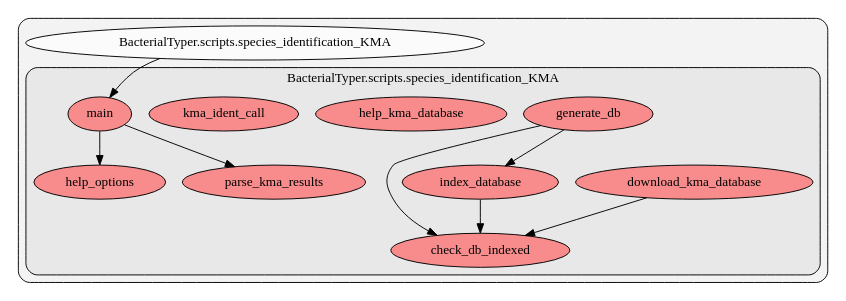
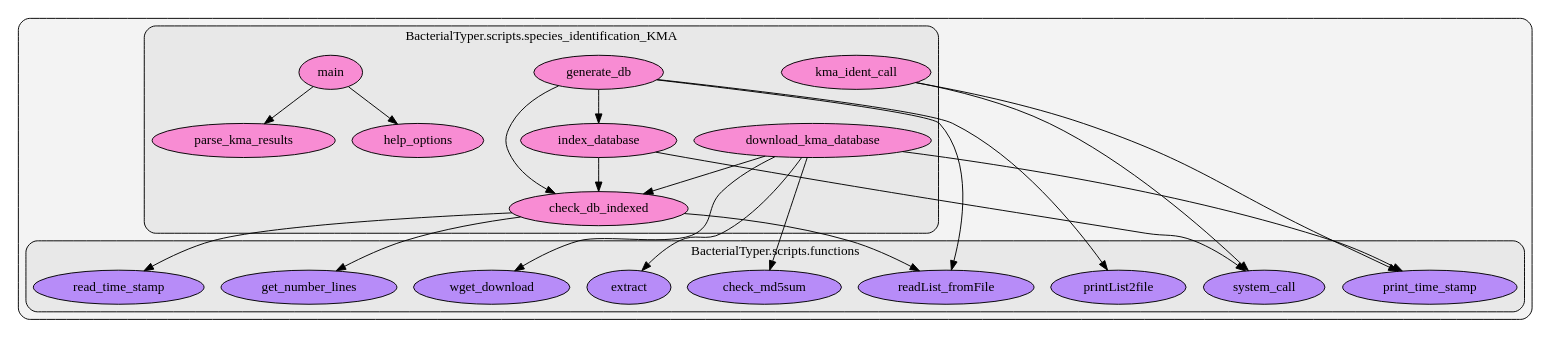
One commit to HCGB-IGTP/BacterialTyper changed the diagram in docs/source/images/python_graph/scripts/species_identification_KMA.dot. Above: the diagram before and after it, drawn with Graphviz. The commit also changed 45 other files, not shown here.

Commit message:
update pyan graphs

```diff
--- a/docs/source/images/python_graph/scripts/species_identification_KMA.dot
+++ b/docs/source/images/python_graph/scripts/species_identification_KMA.dot
@@ -1,60 +1,234 @@
 digraph G {
-    graph [rankdir=TB, clusterrank="local"];
+    graph [spilines=ortho, rankdir=TB, clusterrank="local"];
     subgraph cluster_G {
 
         graph [style="filled,rounded",fillcolor="#80808018", label=""];
-        BacterialTyper__scripts__species_identification_KMA [label="BacterialTyper.scripts.species_identification_KMA", style="filled", fillcolor="#ffffffb2", fontcolor="#000000", group="0"];
-        subgraph cluster_BacterialTyper__scripts__species_identification_KMA {
+        subgraph cluster_BacterialTyper__scripts__functions {
 
-            graph [style="filled,rounded",fillcolor="#80808018", label="BacterialTyper.scripts.species_identification_KMA"];
-            BacterialTyper__scripts__species_identification_KMA__check_db_indexed [label="check_db_indexed", style="filled", fillcolor="#ff6565b2", fontcolor="#000000", group="0"];
+            graph [style="filled,rounded",fillcolor="#80808018", label="BacterialTyper.scripts.functions"];
+        }
+        subgraph cluster_BacterialTyper__scripts__functions {
+
+            graph [style="filled,rounded",fillcolor="#80808018", label="BacterialTyper.scripts.functions"];
+        }
+        subgraph cluster_BacterialTyper__scripts__functions {
+
+            graph [style="filled,rounded",fillcolor="#80808018", label="BacterialTyper.scripts.functions"];
+            BacterialTyper__scripts__functions__check_md5sum [label="check_md5sum", style="filled", fillcolor="#a365ffb2", fontcolor="#000000", group="33"];
+        }
+        subgraph cluster_BacterialTyper__scripts__functions {
+
+            graph [style="filled,rounded",fillcolor="#80808018", label="BacterialTyper.scripts.functions"];
+        }
+        subgraph cluster_BacterialTyper__scripts__functions {
+
+            graph [style="filled,rounded",fillcolor="#80808018", label="BacterialTyper.scripts.functions"];
+        }
+        subgraph cluster_BacterialTyper__scripts__functions {
+
+            graph [style="filled,rounded",fillcolor="#80808018", label="BacterialTyper.scripts.functions"];
+        }
+        subgraph cluster_BacterialTyper__scripts__functions {
+
+            graph [style="filled,rounded",fillcolor="#80808018", label="BacterialTyper.scripts.functions"];
+        }
+        subgraph cluster_BacterialTyper__scripts__functions {
+
+            graph [style="filled,rounded",fillcolor="#80808018", label="BacterialTyper.scripts.functions"];
+        }
+        subgraph cluster_BacterialTyper__scripts__functions {
+
+            graph [style="filled,rounded",fillcolor="#80808018", label="BacterialTyper.scripts.functions"];
+        }
+        subgraph cluster_BacterialTyper__scripts__functions {
+
+            graph [style="filled,rounded",fillcolor="#80808018", label="BacterialTyper.scripts.functions"];
+            BacterialTyper__scripts__functions__extract [label="extract", style="filled", fillcolor="#a365ffb2", fontcolor="#000000", group="33"];
+        }
+        subgraph cluster_BacterialTyper__scripts__functions {
+
+            graph [style="filled,rounded",fillcolor="#80808018", label="BacterialTyper.scripts.functions"];
+        }
+        subgraph cluster_BacterialTyper__scripts__functions {
+
+            graph [style="filled,rounded",fillcolor="#80808018", label="BacterialTyper.scripts.functions"];
+        }
+        subgraph cluster_BacterialTyper__scripts__functions {
+
+            graph [style="filled,rounded",fillcolor="#80808018", label="BacterialTyper.scripts.functions"];
+        }
+        subgraph cluster_BacterialTyper__scripts__functions {
+
+            graph [style="filled,rounded",fillcolor="#80808018", label="BacterialTyper.scripts.functions"];
+        }
+        subgraph cluster_BacterialTyper__scripts__functions {
+
+            graph [style="filled,rounded",fillcolor="#80808018", label="BacterialTyper.scripts.functions"];
+        }
+        subgraph cluster_BacterialTyper__scripts__functions {
+
+            graph [style="filled,rounded",fillcolor="#80808018", label="BacterialTyper.scripts.functions"];
+        }
+        subgraph cluster_BacterialTyper__scripts__functions {
+
+            graph [style="filled,rounded",fillcolor="#80808018", label="BacterialTyper.scripts.functions"];
+            BacterialTyper__scripts__functions__get_number_lines [label="get_number_lines", style="filled", fillcolor="#a365ffb2", fontcolor="#000000", group="33"];
+        }
+        subgraph cluster_BacterialTyper__scripts__functions {
+
+            graph [style="filled,rounded",fillcolor="#80808018", label="BacterialTyper.scripts.functions"];
+        }
+        subgraph cluster_BacterialTyper__scripts__functions {
+
+            graph [style="filled,rounded",fillcolor="#80808018", label="BacterialTyper.scripts.functions"];
+        }
+        subgraph cluster_BacterialTyper__scripts__functions {
+
+            graph [style="filled,rounded",fillcolor="#80808018", label="BacterialTyper.scripts.functions"];
+        }
+        subgraph cluster_BacterialTyper__scripts__functions {
+
+            graph [style="filled,rounded",fillcolor="#80808018", label="BacterialTyper.scripts.functions"];
+        }
+        subgraph cluster_BacterialTyper__scripts__functions {
+
+            graph [style="filled,rounded",fillcolor="#80808018", label="BacterialTyper.scripts.functions"];
+        }
+        subgraph cluster_BacterialTyper__scripts__functions {
+
+            graph [style="filled,rounded",fillcolor="#80808018", label="BacterialTyper.scripts.functions"];
+        }
+        subgraph cluster_BacterialTyper__scripts__functions {
+
+            graph [style="filled,rounded",fillcolor="#80808018", label="BacterialTyper.scripts.functions"];
+        }
+        subgraph cluster_BacterialTyper__scripts__functions {
+
+            graph [style="filled,rounded",fillcolor="#80808018", label="BacterialTyper.scripts.functions"];
+        }
+        subgraph cluster_BacterialTyper__scripts__functions {
+
+            graph [style="filled,rounded",fillcolor="#80808018", label="BacterialTyper.scripts.functions"];
+        }
+        subgraph cluster_BacterialTyper__scripts__functions {
+
+            graph [style="filled,rounded",fillcolor="#80808018", label="BacterialTyper.scripts.functions"];
+            BacterialTyper__scripts__functions__printList2file [label="printList2file", style="filled", fillcolor="#a365ffb2", fontcolor="#000000", group="33"];
+        }
+        subgraph cluster_BacterialTyper__scripts__functions {
+
+            graph [style="filled,rounded",fillcolor="#80808018", label="BacterialTyper.scripts.functions"];
+        }
+        subgraph cluster_BacterialTyper__scripts__functions {
+
+            graph [style="filled,rounded",fillcolor="#80808018", label="BacterialTyper.scripts.functions"];
+        }
+        subgraph cluster_BacterialTyper__scripts__functions {
+
+            graph [style="filled,rounded",fillcolor="#80808018", label="BacterialTyper.scripts.functions"];
+            BacterialTyper__scripts__functions__print_time_stamp [label="print_time_stamp", style="filled", fillcolor="#a365ffb2", fontcolor="#000000", group="33"];
+        }
+        subgraph cluster_BacterialTyper__scripts__functions {
+
+            graph [style="filled,rounded",fillcolor="#80808018", label="BacterialTyper.scripts.functions"];
+        }
+        subgraph cluster_BacterialTyper__scripts__functions {
+
+            graph [style="filled,rounded",fillcolor="#80808018", label="BacterialTyper.scripts.functions"];
+            BacterialTyper__scripts__functions__readList_fromFile [label="readList_fromFile", style="filled", fillcolor="#a365ffb2", fontcolor="#000000", group="33"];
+        }
+        subgraph cluster_BacterialTyper__scripts__functions {
+
+            graph [style="filled,rounded",fillcolor="#80808018", label="BacterialTyper.scripts.functions"];
+            BacterialTyper__scripts__functions__read_time_stamp [label="read_time_stamp", style="filled", fillcolor="#a365ffb2", fontcolor="#000000", group="33"];
+        }
+        subgraph cluster_BacterialTyper__scripts__functions {
+
+            graph [style="filled,rounded",fillcolor="#80808018", label="BacterialTyper.scripts.functions"];
+        }
+        subgraph cluster_BacterialTyper__scripts__functions {
+
+            graph [style="filled,rounded",fillcolor="#80808018", label="BacterialTyper.scripts.functions"];
+        }
+        subgraph cluster_BacterialTyper__scripts__functions {
+
+            graph [style="filled,rounded",fillcolor="#80808018", label="BacterialTyper.scripts.functions"];
+        }
+        subgraph cluster_BacterialTyper__scripts__functions {
+
+            graph [style="filled,rounded",fillcolor="#80808018", label="BacterialTyper.scripts.functions"];
+            BacterialTyper__scripts__functions__system_call [label="system_call", style="filled", fillcolor="#a365ffb2", fontcolor="#000000", group="33"];
+        }
+        subgraph cluster_BacterialTyper__scripts__functions {
+
+            graph [style="filled,rounded",fillcolor="#80808018", label="BacterialTyper.scripts.functions"];
+        }
+        subgraph cluster_BacterialTyper__scripts__functions {
+
+            graph [style="filled,rounded",fillcolor="#80808018", label="BacterialTyper.scripts.functions"];
+            BacterialTyper__scripts__functions__wget_download [label="wget_download", style="filled", fillcolor="#a365ffb2", fontcolor="#000000", group="33"];
         }
         subgraph cluster_BacterialTyper__scripts__species_identification_KMA {
 
             graph [style="filled,rounded",fillcolor="#80808018", label="BacterialTyper.scripts.species_identification_KMA"];
-            BacterialTyper__scripts__species_identification_KMA__download_kma_database [label="download_kma_database", style="filled", fillcolor="#ff6565b2", fontcolor="#000000", group="0"];
+            BacterialTyper__scripts__species_identification_KMA__check_db_indexed [label="check_db_indexed", style="filled", fillcolor="#ff65cbb2", fontcolor="#000000", group="40"];
         }
         subgraph cluster_BacterialTyper__scripts__species_identification_KMA {
 
             graph [style="filled,rounded",fillcolor="#80808018", label="BacterialTyper.scripts.species_identification_KMA"];
-            BacterialTyper__scripts__species_identification_KMA__generate_db [label="generate_db", style="filled", fillcolor="#ff6565b2", fontcolor="#000000", group="0"];
+            BacterialTyper__scripts__species_identification_KMA__download_kma_database [label="download_kma_database", style="filled", fillcolor="#ff65cbb2", fontcolor="#000000", group="40"];
         }
         subgraph cluster_BacterialTyper__scripts__species_identification_KMA {
 
             graph [style="filled,rounded",fillcolor="#80808018", label="BacterialTyper.scripts.species_identification_KMA"];
-            BacterialTyper__scripts__species_identification_KMA__help_kma_database [label="help_kma_database", style="filled", fillcolor="#ff6565b2", fontcolor="#000000", group="0"];
+            BacterialTyper__scripts__species_identification_KMA__generate_db [label="generate_db", style="filled", fillcolor="#ff65cbb2", fontcolor="#000000", group="40"];
         }
         subgraph cluster_BacterialTyper__scripts__species_identification_KMA {
 
             graph [style="filled,rounded",fillcolor="#80808018", label="BacterialTyper.scripts.species_identification_KMA"];
-            BacterialTyper__scripts__species_identification_KMA__help_options [label="help_options", style="filled", fillcolor="#ff6565b2", fontcolor="#000000", group="0"];
         }
         subgraph cluster_BacterialTyper__scripts__species_identification_KMA {
 
             graph [style="filled,rounded",fillcolor="#80808018", label="BacterialTyper.scripts.species_identification_KMA"];
-            BacterialTyper__scripts__species_identification_KMA__index_database [label="index_database", style="filled", fillcolor="#ff6565b2", fontcolor="#000000", group="0"];
+            BacterialTyper__scripts__species_identification_KMA__help_options [label="help_options", style="filled", fillcolor="#ff65cbb2", fontcolor="#000000", group="40"];
         }
         subgraph cluster_BacterialTyper__scripts__species_identification_KMA {
 
             graph [style="filled,rounded",fillcolor="#80808018", label="BacterialTyper.scripts.species_identification_KMA"];
-            BacterialTyper__scripts__species_identification_KMA__kma_ident_call [label="kma_ident_call", style="filled", fillcolor="#ff6565b2", fontcolor="#000000", group="0"];
+            BacterialTyper__scripts__species_identification_KMA__index_database [label="index_database", style="filled", fillcolor="#ff65cbb2", fontcolor="#000000", group="40"];
         }
         subgraph cluster_BacterialTyper__scripts__species_identification_KMA {
 
             graph [style="filled,rounded",fillcolor="#80808018", label="BacterialTyper.scripts.species_identification_KMA"];
-            BacterialTyper__scripts__species_identification_KMA__main [label="main", style="filled", fillcolor="#ff6565b2", fontcolor="#000000", group="0"];
+            BacterialTyper__scripts__species_identification_KMA__kma_ident_call [label="kma_ident_call", style="filled", fillcolor="#ff65cbb2", fontcolor="#000000", group="40"];
         }
         subgraph cluster_BacterialTyper__scripts__species_identification_KMA {
 
             graph [style="filled,rounded",fillcolor="#80808018", label="BacterialTyper.scripts.species_identification_KMA"];
-            BacterialTyper__scripts__species_identification_KMA__parse_kma_results [label="parse_kma_results", style="filled", fillcolor="#ff6565b2", fontcolor="#000000", group="0"];
+            BacterialTyper__scripts__species_identification_KMA__main [label="main", style="filled", fillcolor="#ff65cbb2", fontcolor="#000000", group="40"];
+        }
+        subgraph cluster_BacterialTyper__scripts__species_identification_KMA {
+
+            graph [style="filled,rounded",fillcolor="#80808018", label="BacterialTyper.scripts.species_identification_KMA"];
+            BacterialTyper__scripts__species_identification_KMA__parse_kma_results [label="parse_kma_results", style="filled", fillcolor="#ff65cbb2", fontcolor="#000000", group="40"];
         }
     }
-        BacterialTyper__scripts__species_identification_KMA -> BacterialTyper__scripts__species_identification_KMA__main [style="solid", color="#000000"];
+        BacterialTyper__scripts__species_identification_KMA__download_kma_database -> BacterialTyper__scripts__functions__wget_download [style="solid", color="#000000"];
+        BacterialTyper__scripts__species_identification_KMA__download_kma_database -> BacterialTyper__scripts__functions__extract [style="solid", color="#000000"];
+        BacterialTyper__scripts__species_identification_KMA__download_kma_database -> BacterialTyper__scripts__functions__print_time_stamp [style="solid", color="#000000"];
+        BacterialTyper__scripts__species_identification_KMA__download_kma_database -> BacterialTyper__scripts__functions__check_md5sum [style="solid", color="#000000"];
         BacterialTyper__scripts__species_identification_KMA__download_kma_database -> BacterialTyper__scripts__species_identification_KMA__check_db_indexed [style="solid", color="#000000"];
+        BacterialTyper__scripts__species_identification_KMA__check_db_indexed -> BacterialTyper__scripts__functions__readList_fromFile [style="solid", color="#000000"];
+        BacterialTyper__scripts__species_identification_KMA__check_db_indexed -> BacterialTyper__scripts__functions__get_number_lines [style="solid", color="#000000"];
+        BacterialTyper__scripts__species_identification_KMA__check_db_indexed -> BacterialTyper__scripts__functions__read_time_stamp [style="solid", color="#000000"];
+        BacterialTyper__scripts__species_identification_KMA__index_database -> BacterialTyper__scripts__functions__system_call [style="solid", color="#000000"];
         BacterialTyper__scripts__species_identification_KMA__index_database -> BacterialTyper__scripts__species_identification_KMA__check_db_indexed [style="solid", color="#000000"];
+        BacterialTyper__scripts__species_identification_KMA__generate_db -> BacterialTyper__scripts__species_identification_KMA__index_database [style="solid", color="#000000"];
+        BacterialTyper__scripts__species_identification_KMA__generate_db -> BacterialTyper__scripts__functions__readList_fromFile [style="solid", color="#000000"];
+        BacterialTyper__scripts__species_identification_KMA__generate_db -> BacterialTyper__scripts__functions__printList2file [style="solid", color="#000000"];
         BacterialTyper__scripts__species_identification_KMA__generate_db -> BacterialTyper__scripts__species_identification_KMA__check_db_indexed [style="solid", color="#000000"];
-        BacterialTyper__scripts__species_identification_KMA__generate_db -> BacterialTyper__scripts__species_identification_KMA__index_database [style="solid", color="#000000"];
+        BacterialTyper__scripts__species_identification_KMA__kma_ident_call -> BacterialTyper__scripts__functions__system_call [style="solid", color="#000000"];
+        BacterialTyper__scripts__species_identification_KMA__kma_ident_call -> BacterialTyper__scripts__functions__print_time_stamp [style="solid", color="#000000"];
+        BacterialTyper__scripts__species_identification_KMA__main -> BacterialTyper__scripts__species_identification_KMA__help_options [style="solid", color="#000000"];
         BacterialTyper__scripts__species_identification_KMA__main -> BacterialTyper__scripts__species_identification_KMA__parse_kma_results [style="solid", color="#000000"];
-        BacterialTyper__scripts__species_identification_KMA__main -> BacterialTyper__scripts__species_identification_KMA__help_options [style="solid", color="#000000"];
     }
```
